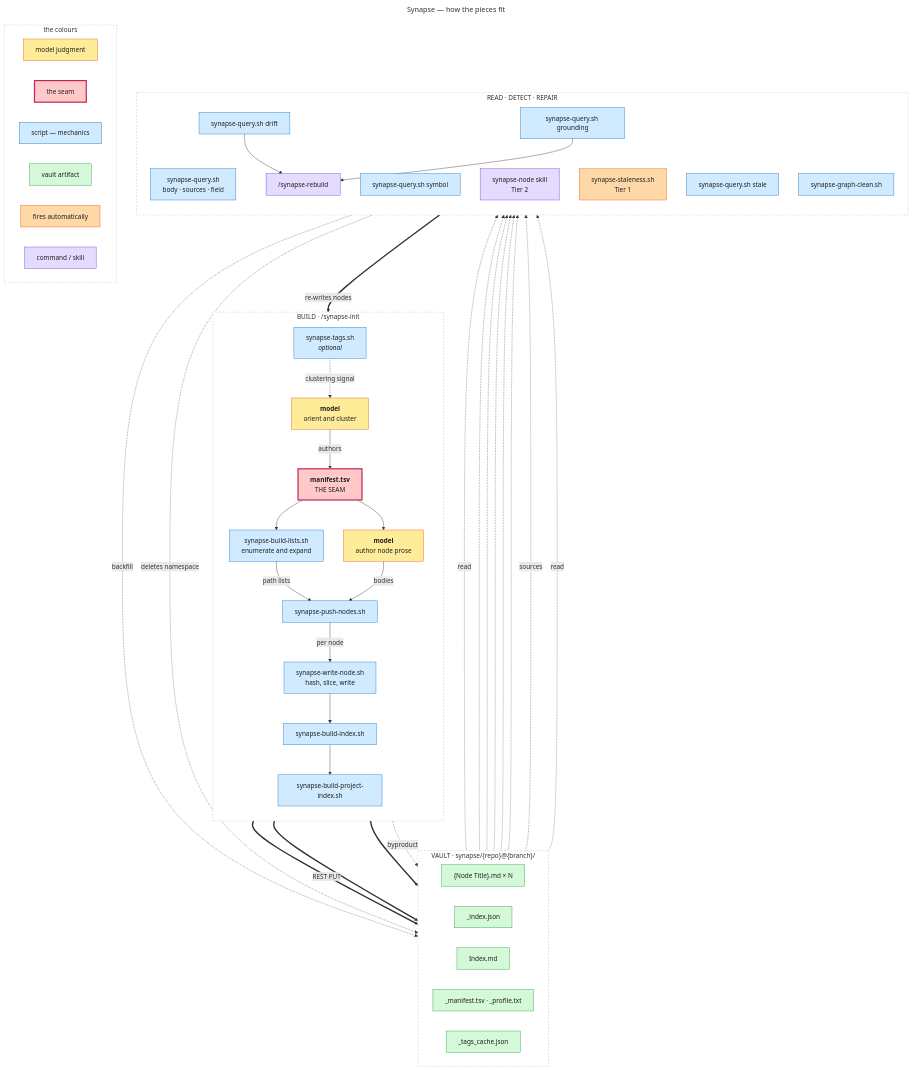
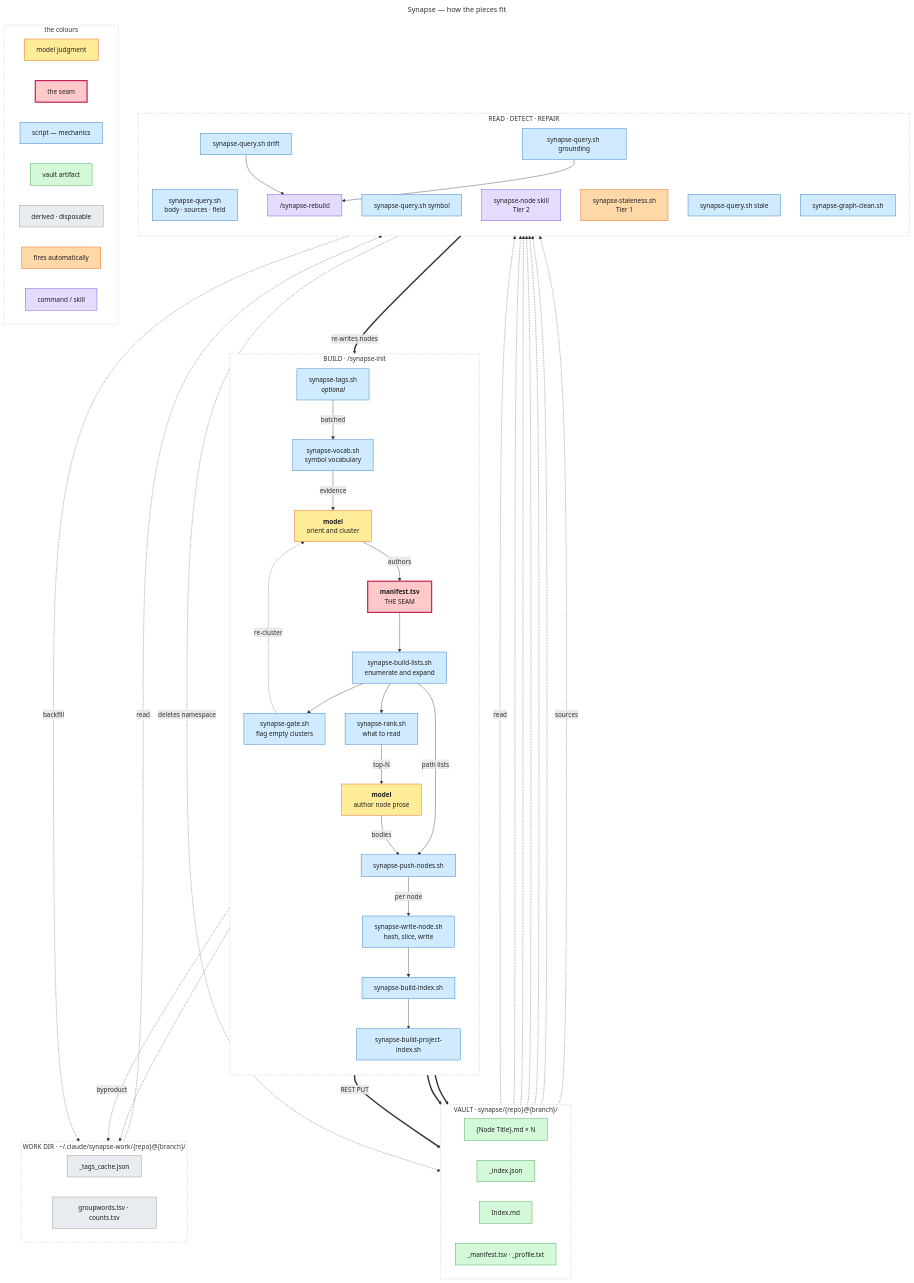
One commit to imunitic/second-brain-setup changed the diagram in docs/diagrams/synapse-pipeline.mmd. Above: the diagram before and after it, drawn with Mermaid. The commit also changed 3 other files, not shown here.

```diff
--- a/docs/diagrams/synapse-pipeline.mmd
+++ b/docs/diagrams/synapse-pipeline.mmd
@@ -1,114 +1,143 @@
 ---
 title: Synapse — how the pieces fit
 ---
 %% Colour carries the lane: what the MODEL judges, what a SCRIPT executes, what
-%% lands in the VAULT. Subgraphs carry the phase. The seam is visible as the only
-%% two arrows that leave a yellow box for a blue one -- manifest.tsv and b-NN.md.
+%% lands in the VAULT, and what is merely DERIVED into the work dir. Subgraphs
+%% carry the phase.
+%% --
+%% Read the yellow boxes' arrows in both directions and the whole design is
+%% there. Blue enters yellow twice -- vocabulary into clustering, ranked files
+%% into authoring -- and that is the evidence a judgment is made over, derived
+%% mechanically rather than gathered by hand. Yellow leaves for blue twice --
+%% manifest.tsv and the authored bodies -- and that is the seam, the only place
+%% interpretation is handed back to the scripts. Everything else is mechanical.
 %% --
 %% Boxes carry NAMES, not descriptions. What each one actually does lives in the
 %% reference table under this diagram in docs/synapse-graph.md. A box holding four
 %% lines of mechanism is a paragraph in a rectangle: it cannot be read at a glance,
 %% which is the only thing a diagram is better at than prose. Keep labels to a name
 %% plus at most a three-word role, and put the detail in the table.
+%% --
+%% Separator lines are `%% --`, never a bare `%%`: an empty comment swallows the
+%% following newline, so the next line is parsed glued onto it -- a bare `%%`
+%% directly above `flowchart TB` fails with "Parse error on line 1: %%flowchart".
 flowchart TB
     classDef model fill:#ffec99,stroke:#e8590c,color:#1e1e1e
     classDef seam fill:#ffc9c9,stroke:#c2255c,color:#1e1e1e,stroke-width:3px
     classDef script fill:#d0ebff,stroke:#1971c2,color:#1e1e1e
     classDef vault fill:#d3f9d8,stroke:#2f9e44,color:#1e1e1e
+    classDef work fill:#e9ecef,stroke:#868e96,color:#1e1e1e
     classDef hook fill:#ffd8a8,stroke:#e8590c,color:#1e1e1e
     classDef cmd fill:#e5dbff,stroke:#6741d9,color:#1e1e1e
 
     subgraph BUILD["BUILD · /synapse-init"]
         direction TB
+        TAGS["synapse-tags.sh<br/><i>optional</i>"]
+        VOCAB["synapse-vocab.sh<br/>symbol vocabulary"]
         ORIENT["<b>model</b><br/>orient and cluster"]
         MANIFEST["<b>manifest.tsv</b><br/>THE SEAM"]
         LISTS["synapse-build-lists.sh<br/>enumerate and expand"]
+        GATE["synapse-gate.sh<br/>flag empty clusters"]
+        RANK["synapse-rank.sh<br/>what to read"]
         PROSE["<b>model</b><br/>author node prose"]
         PUSH["synapse-push-nodes.sh"]
         WRITE["synapse-write-node.sh<br/>hash, slice, write"]
         IDX["synapse-build-index.sh"]
         PIDX["synapse-build-project-index.sh"]
-        TAGS["synapse-tags.sh<br/><i>optional</i>"]
 
-        TAGS -.->|"clustering signal"| ORIENT
+        TAGS -->|"batched"| VOCAB
+        VOCAB -->|"evidence"| ORIENT
         ORIENT -->|"authors"| MANIFEST
         MANIFEST --> LISTS
-        MANIFEST --> PROSE
+        LISTS --> GATE
+        GATE -.->|"re-cluster"| ORIENT
+        LISTS --> RANK
+        RANK -->|"top-N"| PROSE
         LISTS -->|"path lists"| PUSH
         PROSE -->|"bodies"| PUSH
         PUSH -->|"per node"| WRITE
         WRITE --> IDX --> PIDX
     end
 
     subgraph VAULT["VAULT · synapse/{repo}@{branch}/"]
         direction LR
         NODE["{Node Title}.md × N"]
         JSON["_index.json"]
         INDEX["Index.md"]
         AUX["_manifest.tsv · _profile.txt"]
+    end
+
+    subgraph WORK["WORK DIR · ~/.claude/synapse-work/{repo}@{branch}/"]
+        direction LR
         TAGSCACHE["_tags_cache.json"]
+        WORDS["groupwords.tsv · counts.tsv"]
     end
 
     WRITE ==>|"REST PUT"| NODE
     IDX ==> JSON
     PIDX ==> INDEX
     WRITE -.->|"byproduct"| TAGSCACHE
+    VOCAB -.-> WORDS
 
     subgraph USE["READ · DETECT · REPAIR"]
         direction TB
         QUERY["synapse-query.sh<br/>body · sources · field"]
         SYMBOL["synapse-query.sh symbol"]
         NODESKILL["synapse-node skill<br/>Tier 2"]
         STALE1["synapse-staleness.sh<br/>Tier 1"]
         STALE2["synapse-query.sh stale"]
         DRIFT["synapse-query.sh drift"]
         GROUND["synapse-query.sh grounding"]
         REBUILD["/synapse-rebuild"]
         CLEAN["synapse-graph-clean.sh"]
 
         DRIFT --> REBUILD
         GROUND --> REBUILD
     end
 
     NODE -.->|"read"| QUERY
     NODE -.-> NODESKILL
     JSON -.-> STALE1
     NODE -.-> STALE2
     NODE -.-> DRIFT
     NODE -.-> GROUND
     NODE -.->|"sources"| SYMBOL
     TAGSCACHE -.->|"read"| SYMBOL
     SYMBOL -.->|"backfill"| TAGSCACHE
     REBUILD ==>|"re-writes nodes"| WRITE
     CLEAN -.->|"deletes namespace"| NODE
 
     class ORIENT,PROSE model
     class MANIFEST seam
-    class LISTS,PUSH,WRITE,IDX,PIDX,TAGS,QUERY,SYMBOL,STALE2,DRIFT,GROUND,CLEAN script
-    class NODE,JSON,INDEX,AUX,TAGSCACHE vault
+    class LISTS,PUSH,WRITE,IDX,PIDX,TAGS,VOCAB,GATE,RANK,QUERY,SYMBOL,STALE2,DRIFT,GROUND,CLEAN script
+    class NODE,JSON,INDEX,AUX vault
+    class TAGSCACHE,WORDS work
     class STALE1 hook
     class REBUILD,NODESKILL cmd
 
     subgraph KEY["the colours"]
         direction LR
         K1["model judgment"]
         K2["the seam"]
         K3["script — mechanics"]
         K4["vault artifact"]
+        K7["derived · disposable"]
         K5["fires automatically"]
         K6["command / skill"]
     end
     class K1 model
     class K2 seam
     class K3 script
     class K4 vault
+    class K7 work
     class K5 hook
     class K6 cmd
 
     %% Neutral subgraph fills: the default pale yellow competes with the model
     %% lane's own yellow, and the point of the palette is that the lane is
     %% readable at a glance.
     style BUILD fill:#ffffff,stroke:#adb5bd,stroke-dasharray:4 4
     style VAULT fill:#ffffff,stroke:#adb5bd,stroke-dasharray:4 4
+    style WORK fill:#ffffff,stroke:#adb5bd,stroke-dasharray:4 4
     style USE fill:#ffffff,stroke:#adb5bd,stroke-dasharray:4 4
     style KEY fill:#ffffff,stroke:#adb5bd,stroke-dasharray:4 4
```
